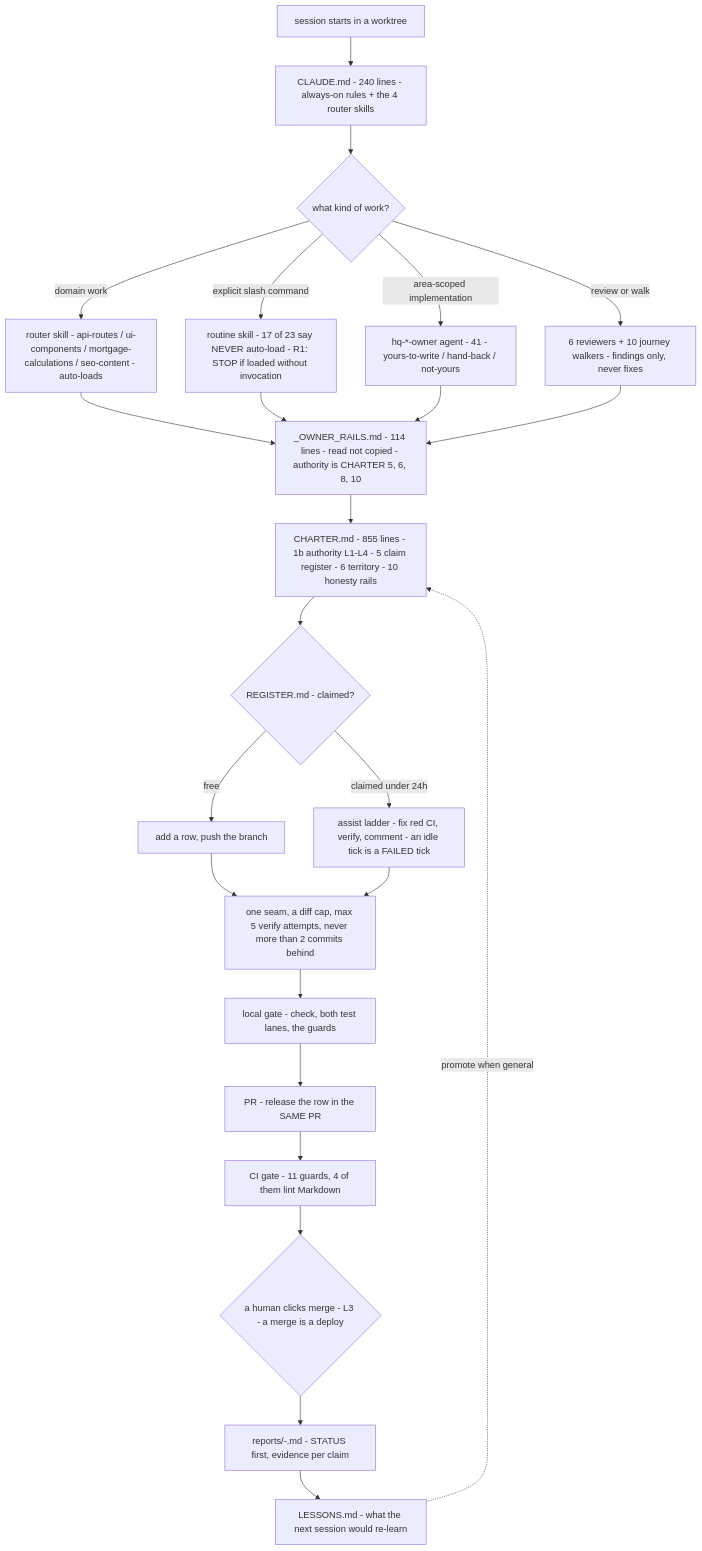
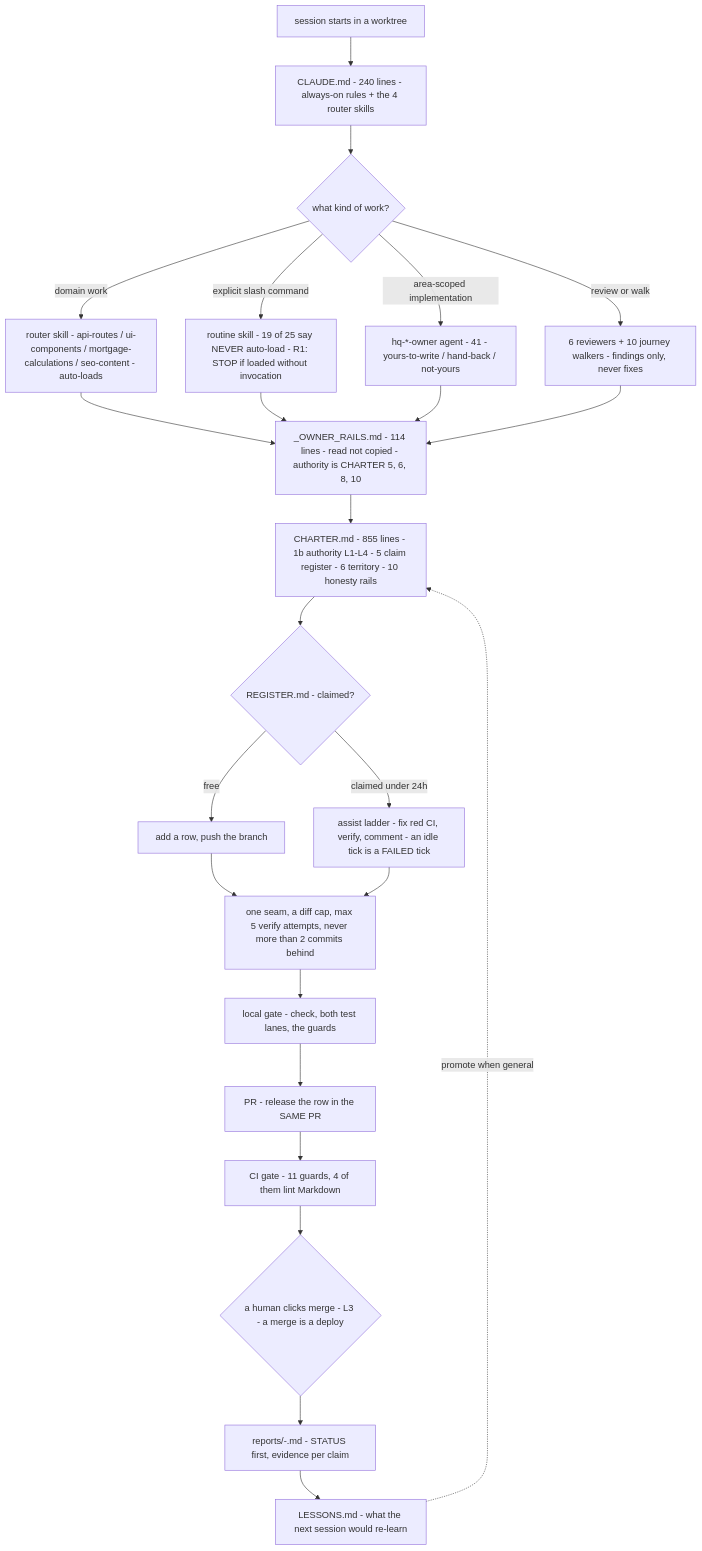
One commit to barakatammre84/Homiquity changed the diagram in knowledge-base/handoff/09-prompting-and-automation.md. Above: the diagram before and after it, drawn with Mermaid. The commit also changed other lines of this file and 14 other files, not shown here.

````diff
--- a/knowledge-base/handoff/09-prompting-and-automation.md
+++ b/knowledge-base/handoff/09-prompting-and-automation.md
@@ -35,26 +35,26 @@
 ```mermaid
 flowchart TD
   S["session starts in a worktree"] --> CM["CLAUDE.md - 240 lines - always-on rules + the 4 router skills"]
   CM --> PICK{"what kind of work?"}
   PICK -- "domain work" --> ROUTER["router skill - api-routes / ui-components / mortgage-calculations / seo-content - auto-loads"]
-  PICK -- "explicit slash command" --> ROUTINE["routine skill - 17 of 23 say NEVER auto-load - R1: STOP if loaded without invocation"]
+  PICK -- "explicit slash command" --> ROUTINE["routine skill - 19 of 25 say NEVER auto-load - R1: STOP if loaded without invocation"]
   PICK -- "area-scoped implementation" --> OWNER["hq-*-owner agent - 41 - yours-to-write / hand-back / not-yours"]
   PICK -- "review or walk" --> REVIEW["6 reviewers + 10 journey walkers - findings only, never fixes"]
   ROUTER --> RAILS
   ROUTINE --> RAILS
   OWNER --> RAILS
   REVIEW --> RAILS
   RAILS["_OWNER_RAILS.md - 114 lines - read not copied - authority is CHARTER 5, 6, 8, 10"] --> CHARTER["CHARTER.md - 855 lines - 1b authority L1-L4 - 5 claim register - 6 territory - 10 honesty rails"]
   CHARTER --> REG{"REGISTER.md - claimed?"}
   REG -- "claimed under 24h" --> ASSIST["assist ladder - fix red CI, verify, comment - an idle tick is a FAILED tick"]
   REG -- free --> CLAIM["add a row, push the branch"]
   CLAIM --> WORK["one seam, a diff cap, max 5 verify attempts, never more than 2 commits behind"]
   ASSIST --> WORK
   WORK --> GUARDS["local gate - check, both test lanes, the guards"]
   GUARDS --> PR["PR - release the row in the SAME PR"]
   PR --> CI["CI gate - 11 guards, 4 of them lint Markdown"]
   CI --> HUMAN{"a human clicks merge - L3 - a merge is a deploy"}
   HUMAN --> REPORT["reports/<date>-<routine>.md - STATUS first, evidence per claim"]
   REPORT --> LESSONS["LESSONS.md - what the next session would re-learn"]
   LESSONS -. promote when general .-> CHARTER
 ```
````
